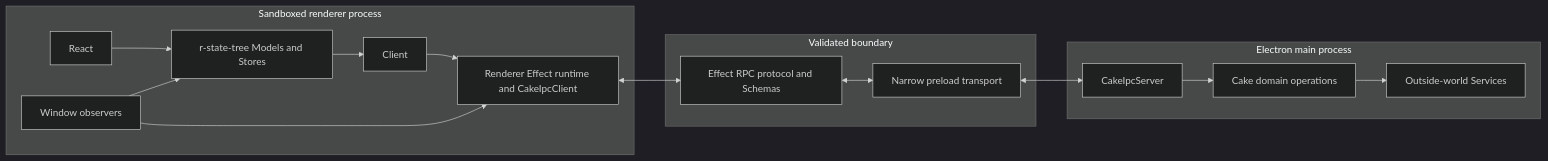
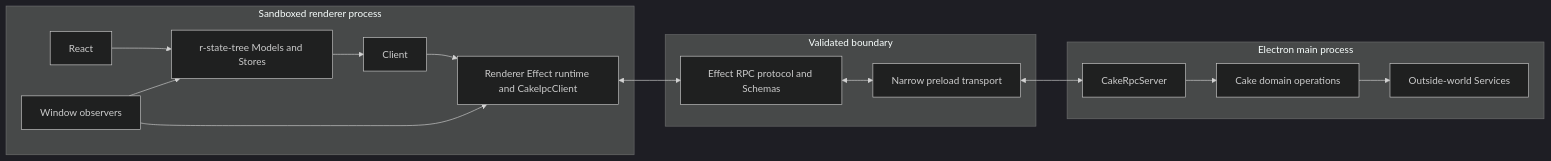
Before and after one commit to melnikov-s/cake: the diagram in docs/architecture/effect-architecture.md, drawn with Mermaid (dark theme). The commit also changed other lines of this file and 301 other files, not shown here.

````diff
--- a/docs/architecture/effect-architecture.md
+++ b/docs/architecture/effect-architecture.md
@@ -12,32 +12,32 @@
 ```mermaid
 flowchart LR
   subgraph Renderer[Sandboxed renderer process]
     React[React]
     StateTree[r-state-tree Models and Stores]
     Observer[Window observers]
     Client[Client]
     Runtime[Renderer Effect runtime and CakeIpcClient]
     React --> StateTree
     StateTree --> Client
     Observer --> StateTree
     Client --> Runtime
     Observer --> Runtime
   end
 
   subgraph Boundary[Validated boundary]
     Protocol[Effect RPC protocol and Schemas]
     Preload[Narrow preload transport]
   end
 
   subgraph Main[Electron main process]
-    Server[CakeIpcServer]
+    Server[CakeRpcServer]
     Domain[Cake domain operations]
     Services[Outside-world Services]
     Server --> Domain
     Domain --> Services
   end
 
   Runtime <--> Protocol
   Protocol <--> Preload
   Preload <--> Server
 ```
````
